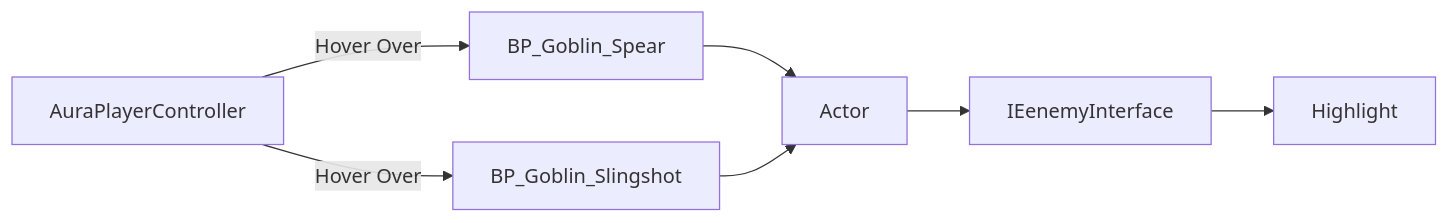
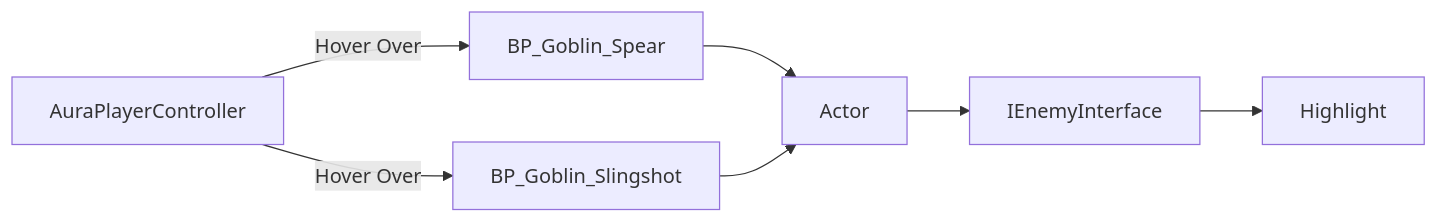
The first of 2 diagrams in source/_posts/20250701-Aura-UE5-leraning.md (Jatpeng/jatpeng.github.io), drawn with Mermaid before and after one commit. The commit also changed other lines of this file and 361 other files, not shown here.

````diff
--- a/source/_posts/20250701-Aura-UE5-leraning.md
+++ b/source/_posts/20250701-Aura-UE5-leraning.md
@@ -139,9 +123,9 @@
 ```mermaid
 graph LR
     A[AuraPlayerController] -->|Hover Over| B[BP_Goblin_Spear]
     A -->|Hover Over| C[BP_Goblin_Slingshot]
     B --> D[Actor]
     C --> D
-    D --> E[IEenemyInterface]
+    D --> E[IEnemyInterface]
     E --> F[Highlight]
 ```
````
